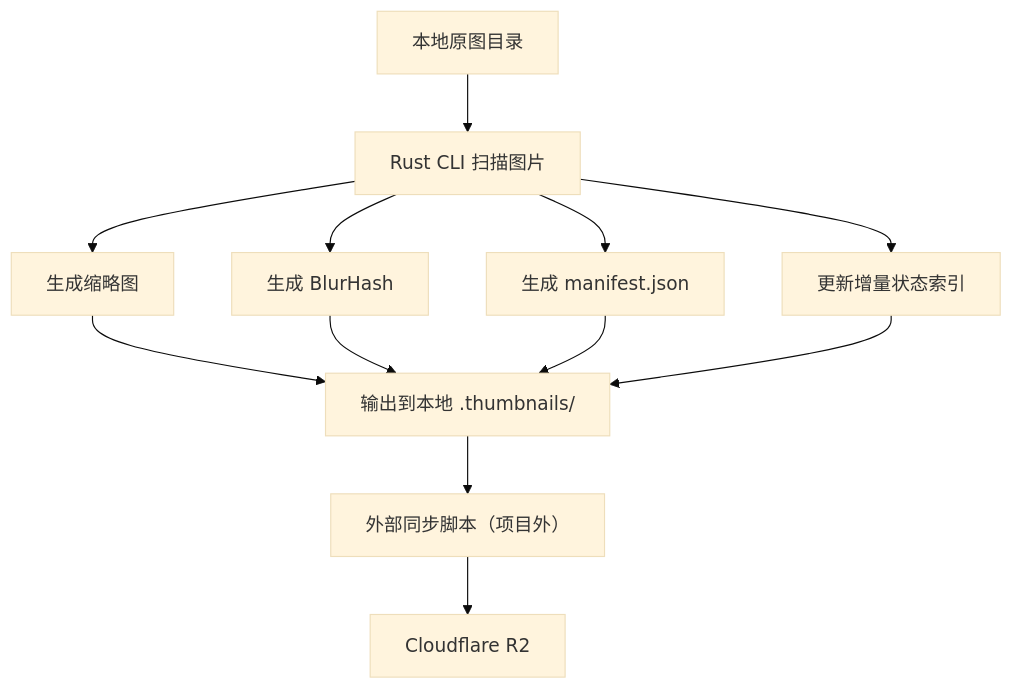
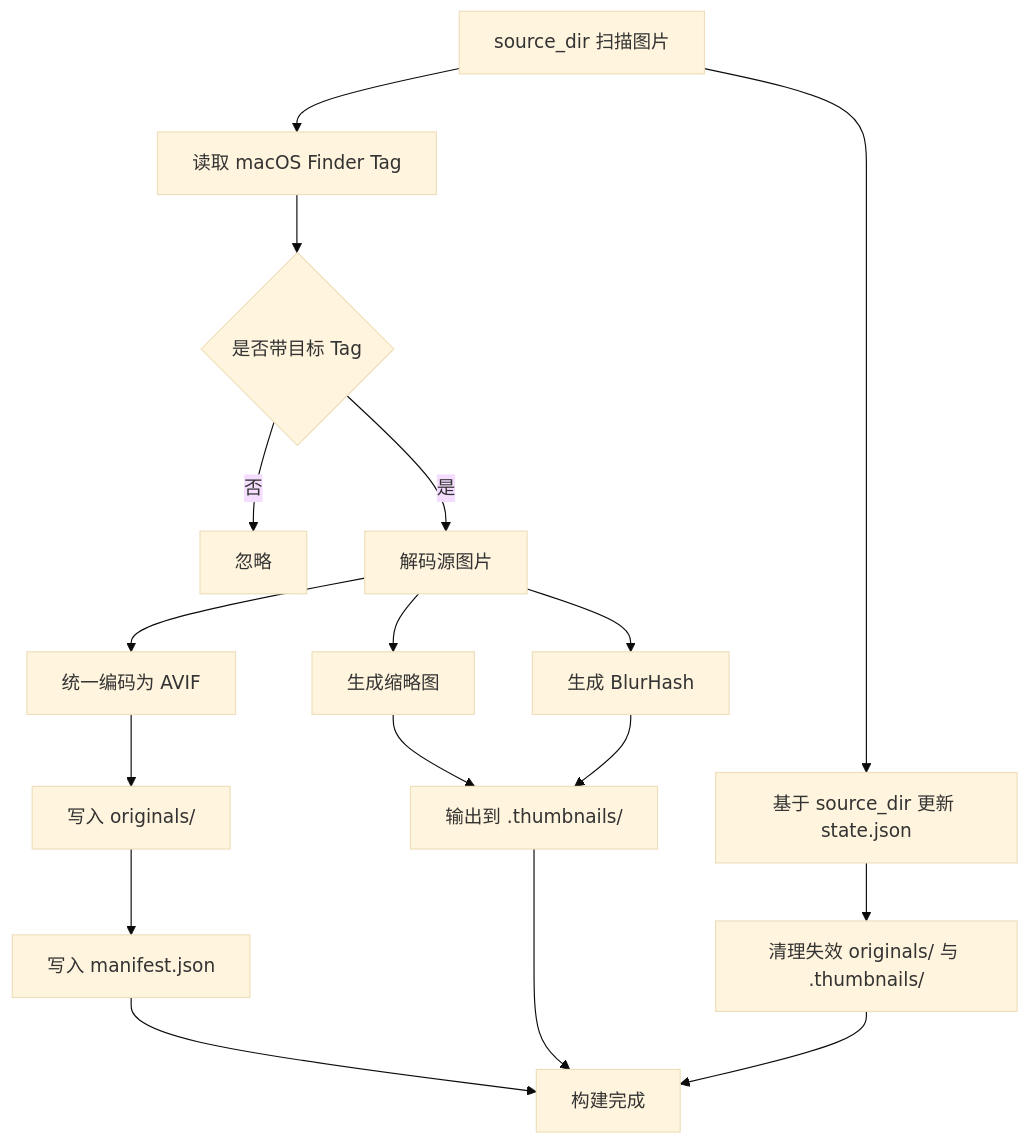
The diagram in docs/001-图片处理程序架构.md (chanshiyucx/aether), drawn with Mermaid (base theme) before and after one commit. The commit also changed other lines of this file and 8 other files, not shown here.

````diff
--- a/docs/001-图片处理程序架构.md
+++ b/docs/001-图片处理程序架构.md
@@ -5,14 +5,19 @@
 ```mermaid
 flowchart TD
-    A["本地原图目录"] --> B["Rust CLI 扫描图片"]
-    B --> C["生成缩略图"]
-    B --> D["生成 BlurHash"]
-    B --> E["生成 manifest.json"]
-    B --> F0["更新增量状态索引"]
-    C --> F["输出到本地 .thumbnails/"]
-    D --> F
-    E --> F
-    F0 --> F
-    F --> G["外部同步脚本（项目外）"]
-    G --> H["Cloudflare R2"]
+    A["source_dir 扫描图片"] --> B["读取 macOS Finder Tag"]
+    B --> C{"是否带目标 Tag"}
+    C -- "否" --> X["忽略"]
+    C -- "是" --> D["解码源图片"]
+    D --> E["统一编码为 AVIF"]
+    E --> F["写入 originals/"]
+    D --> G["生成缩略图"]
+    D --> H["生成 BlurHash"]
+    F --> I["写入 manifest.json"]
+    A --> J["基于 source_dir 更新 state.json"]
+    J --> K["清理失效 originals/ 与 .thumbnails/"]
+    G --> L["输出到 .thumbnails/"]
+    H --> L
+    I --> M["构建完成"]
+    K --> M
+    L --> M
 ```
````
